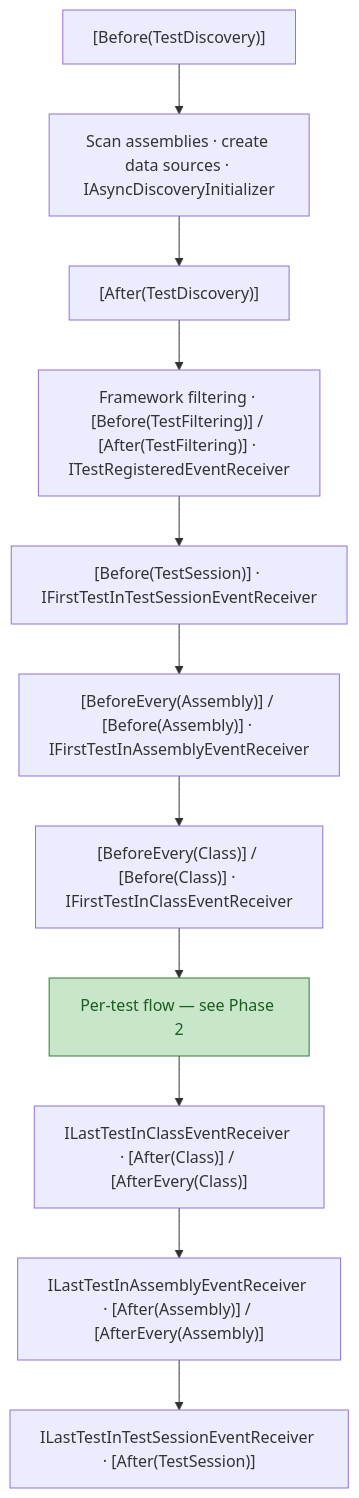
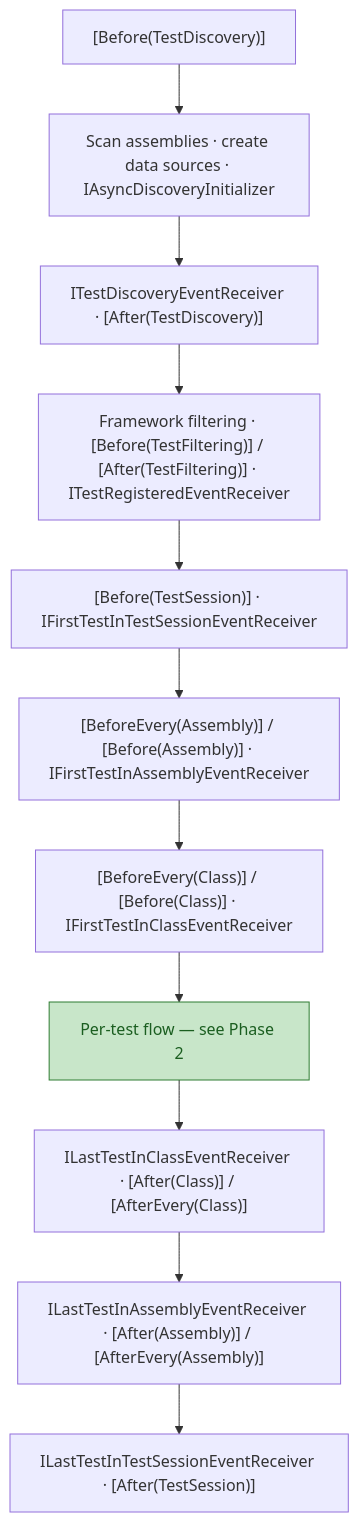
One commit to thomhurst/TUnit changed the second of 10 diagrams in docs/docs/writing-tests/lifecycle.md. Above: the diagram before and after it, drawn with Mermaid. The commit also changed other lines of this file and 19 other files, not shown here.

First line of the commit message:
fix: run discovery receivers before After(TestDiscovery) hooks and keep overloaded hooks

````diff
--- a/docs/docs/writing-tests/lifecycle.md
+++ b/docs/docs/writing-tests/lifecycle.md
@@ -22,18 +22,18 @@
 ```mermaid
 flowchart TB
     D1["[Before(TestDiscovery)]"]
     D2["Scan assemblies · create data sources · IAsyncDiscoveryInitializer"]
-    D3["[After(TestDiscovery)]"]
+    D3["ITestDiscoveryEventReceiver · [After(TestDiscovery)]"]
     F1["Framework filtering · [Before(TestFiltering)] / [After(TestFiltering)] · ITestRegisteredEventReceiver"]
     S1["[Before(TestSession)] · IFirstTestInTestSessionEventReceiver"]
     A1["[BeforeEvery(Assembly)] / [Before(Assembly)] · IFirstTestInAssemblyEventReceiver"]
     C1["[BeforeEvery(Class)] / [Before(Class)] · IFirstTestInClassEventReceiver"]
     T["Per-test flow — see Phase 2"]
     C2["ILastTestInClassEventReceiver · [After(Class)] / [AfterEvery(Class)]"]
     A2["ILastTestInAssemblyEventReceiver · [After(Assembly)] / [AfterEvery(Assembly)]"]
     S2["ILastTestInTestSessionEventReceiver · [After(TestSession)]"]
 
     D1 --> D2 --> D3 --> F1 --> S1 --> A1 --> C1 --> T --> C2 --> A2 --> S2
 
     style T fill:#c8e6c9,stroke:#2e7d32,color:#1b5e20
 ```
````
